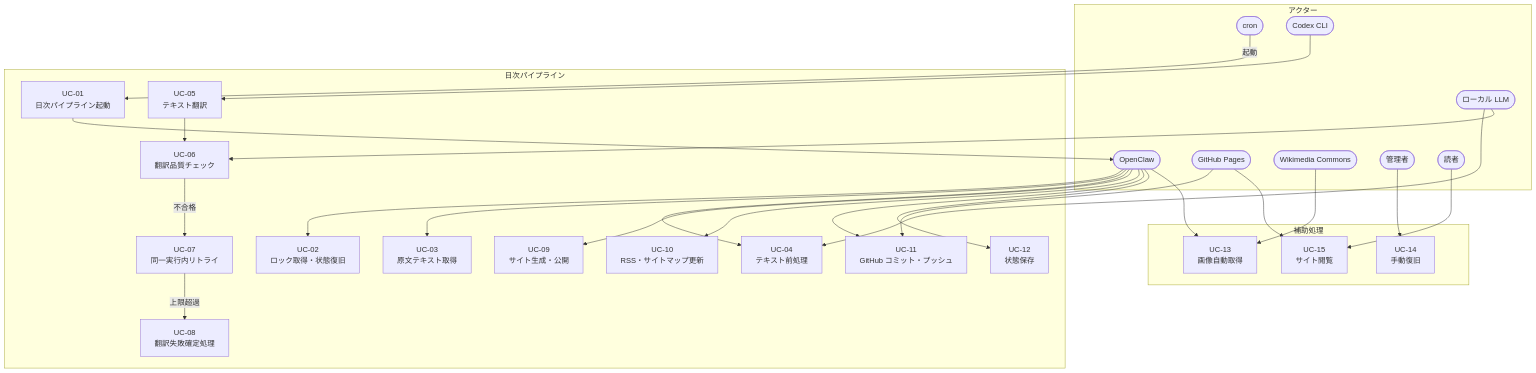
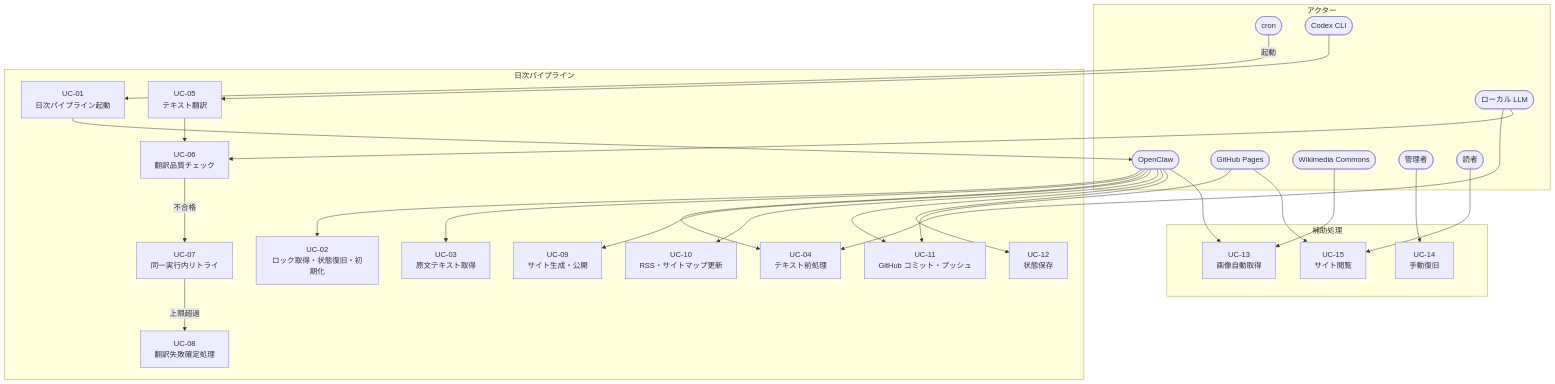
The first of 6 diagrams in usecase.md (garyohosu/WorldClassicsJP), drawn with Mermaid before and after one commit. The commit also changed other lines of this file and 1 other file, not shown here.

Commit message:
ユースケース図と仕様の整合を修正

````diff
--- a/usecase.md
+++ b/usecase.md
@@ -49,58 +49,58 @@
 ```mermaid
 graph TB
     subgraph ACTORS["アクター"]
         CRON([cron])
         OC([OpenClaw])
         LLLM([ローカル LLM])
         CODEX([Codex CLI])
         GH([GitHub Pages])
         WIKI([Wikimedia Commons])
         ADMIN([管理者])
         READER([読者])
     end
 
     subgraph PIPELINE["日次パイプライン"]
         UC01["UC-01\n日次パイプライン起動"]
-        UC02["UC-02\nロック取得・状態復旧"]
+        UC02["UC-02\nロック取得・状態復旧・初期化"]
         UC03["UC-03\n原文テキスト取得"]
         UC04["UC-04\nテキスト前処理"]
         UC05["UC-05\nテキスト翻訳"]
         UC06["UC-06\n翻訳品質チェック"]
         UC07["UC-07\n同一実行内リトライ"]
         UC08["UC-08\n翻訳失敗確定処理"]
         UC09["UC-09\nサイト生成・公開"]
         UC10["UC-10\nRSS・サイトマップ更新"]
         UC11["UC-11\nGitHub コミット・プッシュ"]
         UC12["UC-12\n状態保存"]
     end
 
     subgraph SUPPORT["補助処理"]
         UC13["UC-13\n画像自動取得"]
         UC14["UC-14\n手動復旧"]
         UC15["UC-15\nサイト閲覧"]
     end
 
     CRON -->|起動| UC01
     UC01 --> OC
     OC --> UC02
     OC --> UC03
     OC --> UC04
     OC --> UC09
     OC --> UC10
     OC --> UC11
     OC --> UC12
     OC --> UC13
 
     LLLM --> UC04
     LLLM --> UC06
     CODEX --> UC05
     UC05 --> UC06
     UC06 -->|不合格| UC07
     UC07 -->|上限超過| UC08
 
     GH --> UC11
     WIKI --> UC13
     ADMIN --> UC14
     READER --> UC15
     GH --> UC15
 ```
````
